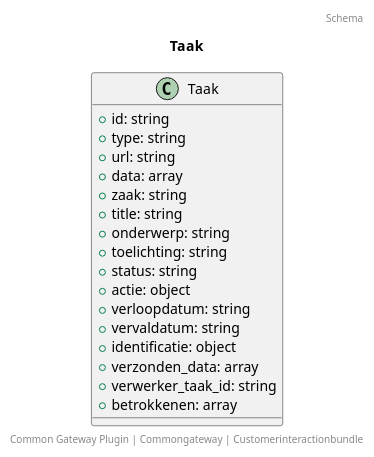
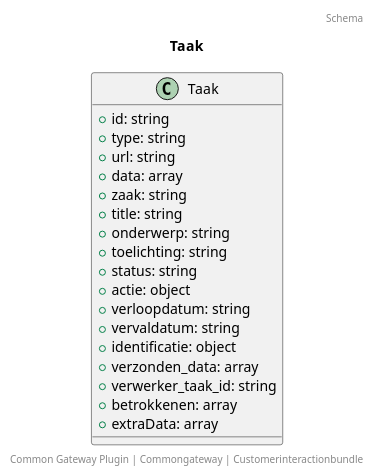
Before and after one commit to CommonGateway/CustomerInteractionBundle: the diagram in docs/schema/klant.taak.puml, drawn with PlantUML. The commit also changed 2 other files, not shown here.

```diff
--- a/docs/schema/klant.taak.puml
+++ b/docs/schema/klant.taak.puml
@@ -1,24 +1,25 @@
 @startuml
 title: Taak
 footer: Common Gateway Plugin | Commongateway | Customerinteractionbundle 
 header: Schema
 
 class Taak {
   + id: string
   + type: string
   + url: string
   + data: array
   + zaak: string
   + title: string
   + onderwerp: string
   + toelichting: string
   + status: string
   + actie: object
   + verloopdatum: string
   + vervaldatum: string
   + identificatie: object
   + verzonden_data: array
   + verwerker_taak_id: string
   + betrokkenen: array
+  + extraData: array
 }
 @enduml
```
